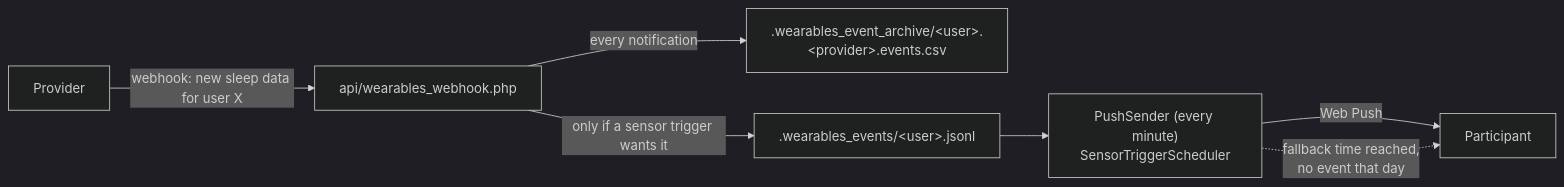
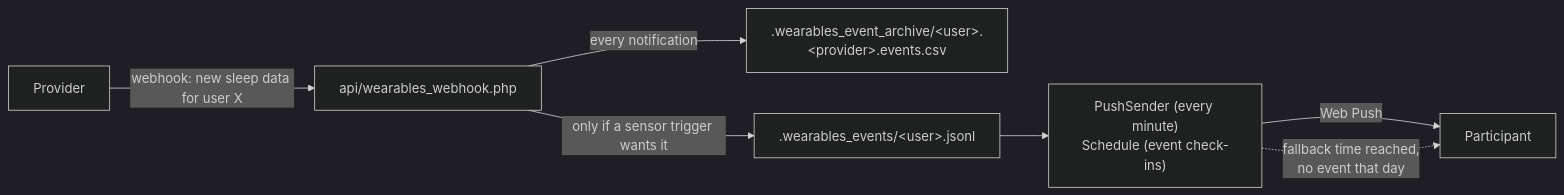
One commit to andreifoldes/iEMAbot changed the second of 2 diagrams in website/docs/backend/wearables.md. Above: the diagram before and after it, drawn with Mermaid (dark theme). The commit also changed other lines of this file and 296 other files, not shown here.

````diff
--- a/website/docs/backend/wearables.md
+++ b/website/docs/backend/wearables.md
@@ -196,9 +196,9 @@
 ```mermaid
 flowchart LR
   W[Provider] -->|"webhook: new sleep data for user X"| E["api/wearables_webhook.php"]
   E -->|"every notification"| A[".wearables_event_archive/&lt;user&gt;.&lt;provider&gt;.events.csv"]
   E -->|"only if a sensor trigger wants it"| L[".wearables_events/&lt;user&gt;.jsonl"]
-  L --> S["PushSender (every minute)<br/>SensorTriggerScheduler"]
+  L --> S["PushSender (every minute)<br/>Schedule (event check-ins)"]
   S -->|"Web Push"| P[Participant]
   S -.->|"fallback time reached,<br/>no event that day"| P
 ```
````
